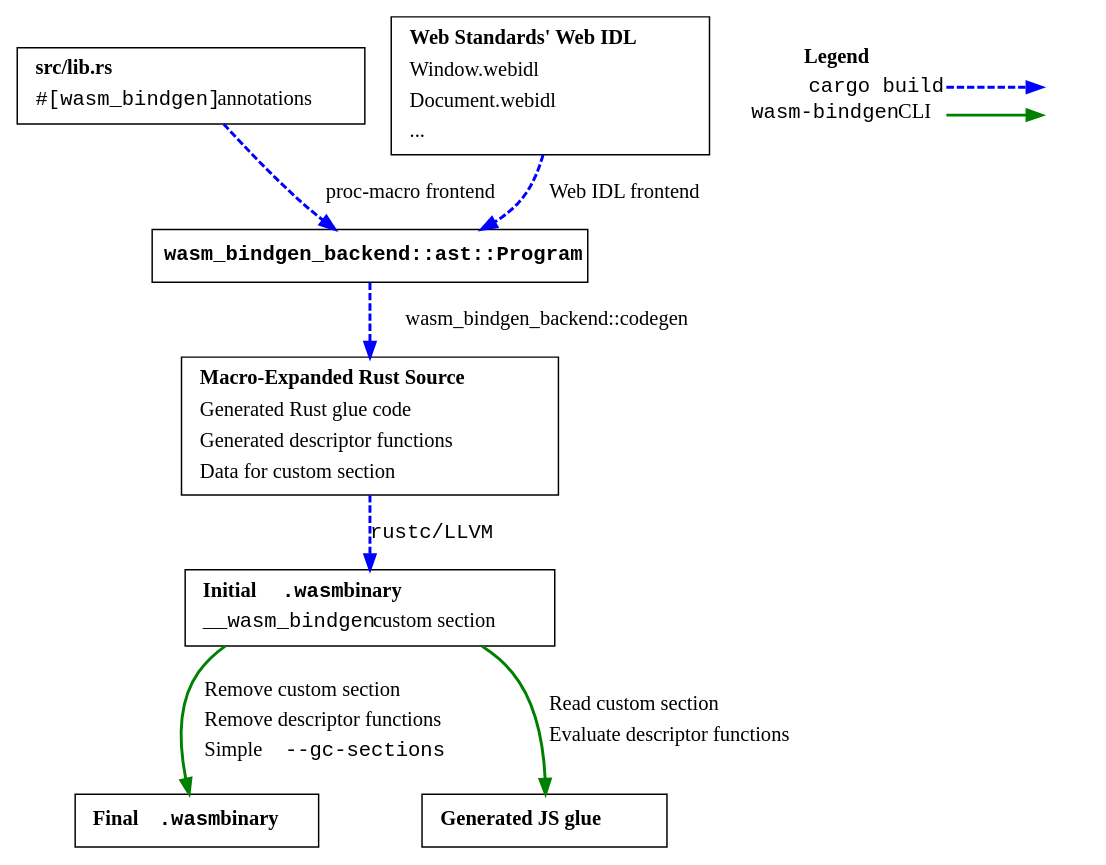
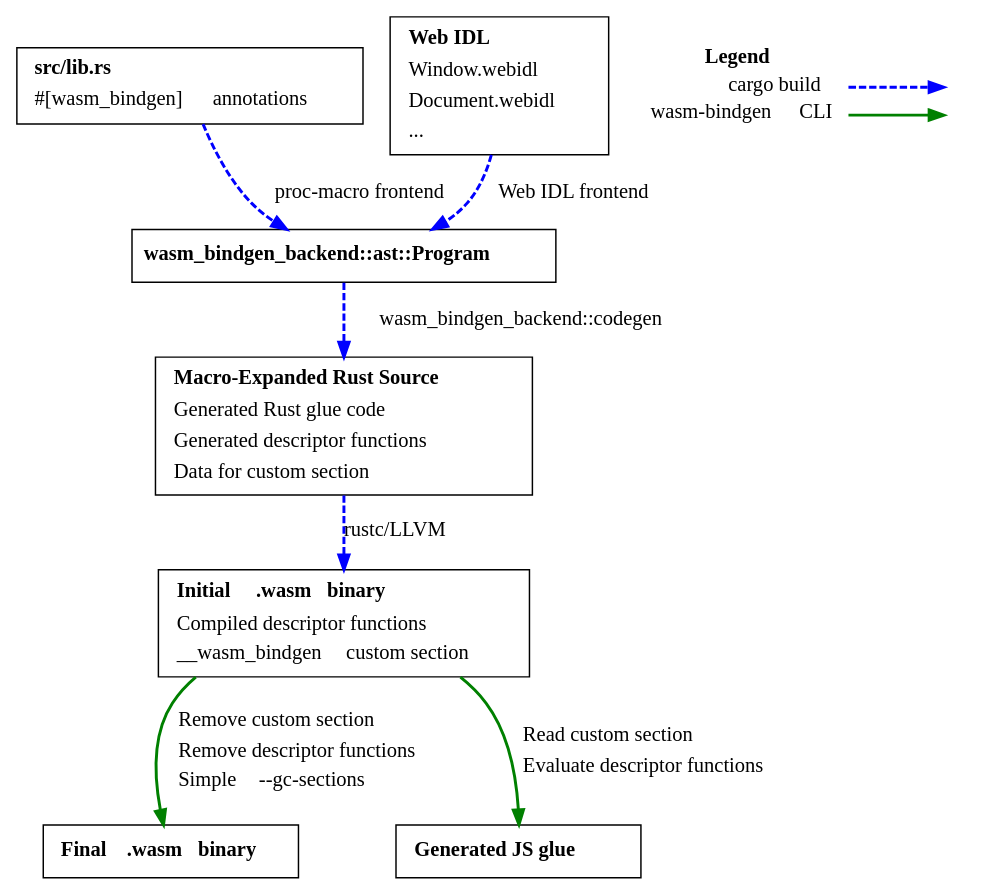
Before and after one commit to fitzgen/wasm-cg-wasm-bindgen: the diagram in wasm-bindgen.dot, drawn with Graphviz. The commit also changed 4 other files, not shown here.

```diff
--- a/wasm-bindgen.dot
+++ b/wasm-bindgen.dot
@@ -1,92 +1,93 @@
 digraph wasm_bindgen_pipeline {
     subgraph actual_stuff {
         node [shape=box];
 
         annotations [label=<
                      <table border="0">
                      <tr><td align="left"><b>src/lib.rs</b></td></tr>
-                     <tr><td align="left"><font face="monospace">#[wasm_bindgen]</font> annotations</td></tr>
+                     <tr><td align="left"><font face="Menlo">#[wasm_bindgen]</font>  annotations</td></tr>
                      </table>
                      >];
         annotations -> ast [label="proc-macro frontend", style=dashed, penwidth=2.0, color=blue];
 
         webidl [label=<
                 <table border="0">
-                <tr><td align="left"><b>Web Standards' Web IDL</b></td></tr>
+                <tr><td align="left"><b>Web IDL</b></td></tr>
                 <tr><td align="left">Window.webidl</td></tr>
                 <tr><td align="left">Document.webidl</td></tr>
                 <tr><td align="left">...</td></tr>
                 </table>
                 >];
         webidl -> ast [label="Web IDL frontend", style=dashed, penwidth=2.0, color=blue];
 
-        ast [label=<<b><font face="monospace">wasm_bindgen_backend::ast::Program</font></b>>];
-        ast -> macro_expanded_rust [label="wasm_bindgen_backend::codegen", face="monospace", style=dashed, penwidth=2.0, color=blue];
+        ast [label=<<b><font face="Menlo">wasm_bindgen_backend::ast::Program</font> </b>>];
+        ast -> macro_expanded_rust [label="wasm_bindgen_backend::codegen", face="Menlo", style=dashed, penwidth=2.0, color=blue];
 
         macro_expanded_rust [label=<<table border="0">
                              <tr><td align="left"><b>Macro-Expanded Rust Source</b></td></tr>
                              <tr><td align="left">Generated Rust glue code</td></tr>
                              <tr><td align="left">Generated descriptor functions</td></tr>
                              <tr><td align="left">Data for custom section</td></tr>
                              </table>>];
-        macro_expanded_rust -> initial_wasm [label=<<font face="monospace">rustc/LLVM</font>>, style=dashed, penwidth=2.0, color=blue];
+        macro_expanded_rust -> initial_wasm [label=<<font face="Menlo">rustc/LLVM</font> >, style=dashed, penwidth=2.0, color=blue];
 
         initial_wasm [label=<
                       <table border="0">
-                      <tr><td align="left"><b>Initial <font face="monospace">.wasm</font> binary</b></td></tr>
-                      <tr><td align="left"><font face="monospace">__wasm_bindgen</font> custom section</td></tr>
+                      <tr><td align="left"><b>Initial <font face="Menlo">.wasm</font>  binary</b></td></tr>
+                      <tr><td align="left">Compiled descriptor functions</td></tr>
+                      <tr><td align="left"><font face="Menlo">__wasm_bindgen</font>  custom section</td></tr>
                       </table>
                       >];
         initial_wasm -> final_wasm [penwidth=2.0, color=green, label=<
                                     <table border="0">
                                     <tr><td align="left">Remove custom section</td></tr>
                                     <tr><td align="left">Remove descriptor functions</td></tr>
-                                    <tr><td align="left">Simple <font face="monospace">--gc-sections</font></td></tr>
+                                    <tr><td align="left">Simple <font face="Menlo">--gc-sections</font> </td></tr>
                                     </table>
                                     >];
         initial_wasm -> js_glue [penwidth=2.0, color=green, label=<
                                  <table border="0">
                                  <tr><td align="left">Read custom section</td></tr>
                                  <tr><td align="left">Evaluate descriptor functions</td></tr>
                                  </table>
                                  >];
 
         final_wasm [label=<
                     <table border="0">
-                    <tr><td align="left"><b>Final <font face="monospace">.wasm</font> binary</b></td></tr>
+                    <tr><td align="left"><b>Final <font face="Menlo">.wasm</font>  binary</b></td></tr>
                     </table>
                     >];
 
 
         js_glue [label=<
                  <table border="0">
                  <tr><td align="left"><b>Generated JS glue</b></td></tr>
                  </table>
                  >];
     }
 
     subgraph legend {
         node [shape=plaintext];
 
         key [label=<
              <table border="0" cellpadding="2" cellspacing="0" cellborder="0">
              <tr><td><b>Legend</b></td></tr>
-             <tr><td align="right" port="i1"><font face="monospace">cargo build</font></td></tr>
-             <tr><td align="right" port="i2"><font face="monospace">wasm-bindgen</font> CLI</td></tr>
+             <tr><td align="right" port="i1"><font face="Menlo">cargo build</font> </td></tr>
+             <tr><td align="right" port="i2"><font face="Menlo">wasm-bindgen</font>  CLI</td></tr>
              </table>
              >];
         key2 [label=<
               <table border="0" cellpadding="2" cellspacing="0" cellborder="0">
               <tr><td>&nbsp;</td></tr>
               <tr><td port="i1">&nbsp;</td></tr>
               <tr><td port="i2">&nbsp;</td></tr>
               </table>
               >];
 
         {
             rank=same;
         key:i1:e -> key2:i1:w [style=dashed, penwidth=2.0, color=blue];
         key:i2:e -> key2:i2:w [penwidth=2.0, color=green];
         }
     }
 }
```
